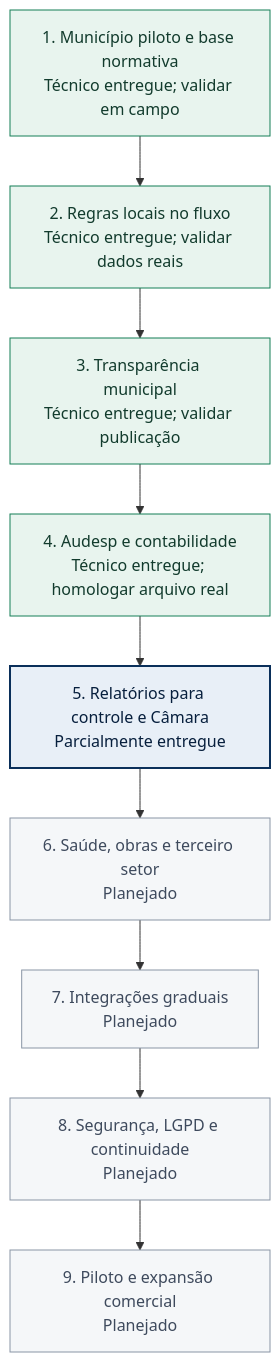
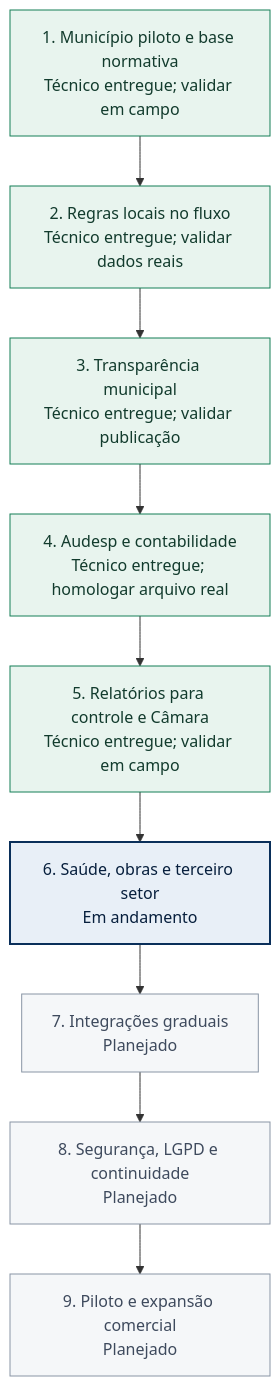
One commit to matssz/trilhagov changed the third of 3 diagrams in docs/roadmap-modulos.md. Above: the diagram before and after it, drawn with Mermaid. The commit also changed other lines of this file and 15 other files, not shown here.

````diff
--- a/docs/roadmap-modulos.md
+++ b/docs/roadmap-modulos.md
@@ -85,21 +85,21 @@
 ```mermaid
 flowchart TB
     E1["1. Município piloto e base normativa<br/>Técnico entregue; validar em campo"]
     E2["2. Regras locais no fluxo<br/>Técnico entregue; validar dados reais"]
     E3["3. Transparência municipal<br/>Técnico entregue; validar publicação"]
     E4["4. Audesp e contabilidade<br/>Técnico entregue; homologar arquivo real"]
-    E5["5. Relatórios para controle e Câmara<br/>Parcialmente entregue"]
-    E6["6. Saúde, obras e terceiro setor<br/>Planejado"]
+    E5["5. Relatórios para controle e Câmara<br/>Técnico entregue; validar em campo"]
+    E6["6. Saúde, obras e terceiro setor<br/>Em andamento"]
     E7["7. Integrações graduais<br/>Planejado"]
     E8["8. Segurança, LGPD e continuidade<br/>Planejado"]
     E9["9. Piloto e expansão comercial<br/>Planejado"]
 
     E1 --> E2 --> E3 --> E4 --> E5 --> E6 --> E7 --> E8 --> E9
 
     classDef delivered fill:#e8f4ee,stroke:#157f57,color:#123b2d,stroke-width:1px;
     classDef progress fill:#e8eff7,stroke:#0a2f5a,color:#071f3d,stroke-width:2px;
     classDef planned fill:#f5f7f9,stroke:#8995a5,color:#3e4a5d,stroke-width:1px;
-    class E1,E2,E3,E4 delivered;
-    class E5 progress;
-    class E6,E7,E8,E9 planned;
+    class E1,E2,E3,E4,E5 delivered;
+    class E6 progress;
+    class E7,E8,E9 planned;
 ```
````
